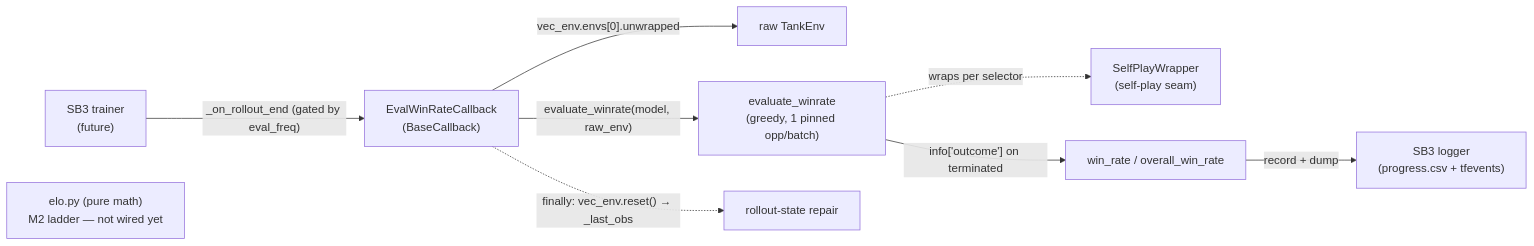
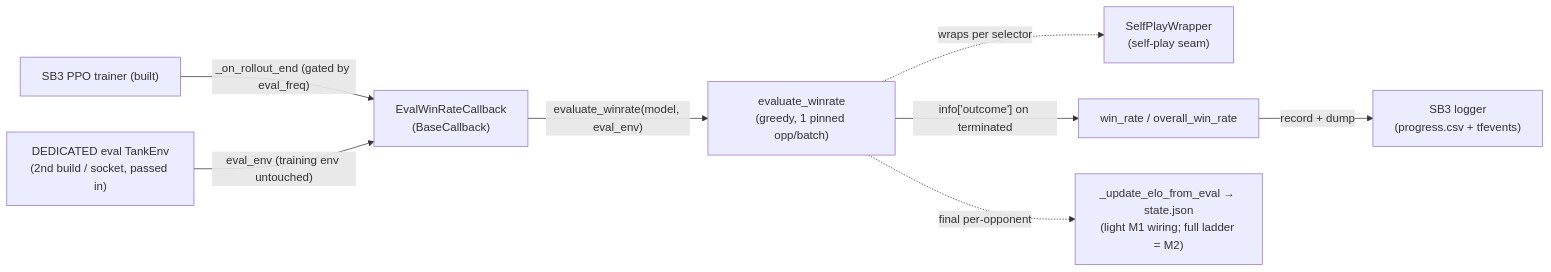
The fourth of 4 diagrams in docs/components/rl.md (urciuolim/TankTwinStickShooter), drawn with Mermaid before and after one commit. The commit also changed other lines of this file and 7 other files, not shown here.

````diff
--- a/docs/components/rl.md
+++ b/docs/components/rl.md
@@ -373,11 +414,10 @@
 ```mermaid
 graph LR
-    sb3["SB3 trainer<br/>(future)"] -->|"_on_rollout_end (gated by eval_freq)"| cb["EvalWinRateCallback<br/>(BaseCallback)"]
-    cb -->|"vec_env.envs[0].unwrapped"| raw["raw TankEnv"]
-    cb -->|"evaluate_winrate(model, raw_env)"| eval["evaluate_winrate<br/>(greedy, 1 pinned opp/batch)"]
+    sb3["SB3 PPO trainer (built)"] -->|"_on_rollout_end (gated by eval_freq)"| cb["EvalWinRateCallback<br/>(BaseCallback)"]
+    eraw["DEDICATED eval TankEnv<br/>(2nd build / socket, passed in)"] -->|"eval_env (training env untouched)"| cb
+    cb -->|"evaluate_winrate(model, eval_env)"| eval["evaluate_winrate<br/>(greedy, 1 pinned opp/batch)"]
     eval -.->|"wraps per selector"| sp["SelfPlayWrapper<br/>(self-play seam)"]
     eval -->|"info['outcome'] on terminated"| wr["win_rate / overall_win_rate"]
     wr -->|"record + dump"| log["SB3 logger<br/>(progress.csv + tfevents)"]
-    cb -.->|"finally: vec_env.reset() → _last_obs"| repair["rollout-state repair"]
-    elo["elo.py (pure math)<br/>M2 ladder — not wired yet"]
+    eval -.->|"final per-opponent"| elo["_update_elo_from_eval → state.json<br/>(light M1 wiring; full ladder = M2)"]
 ```
````
